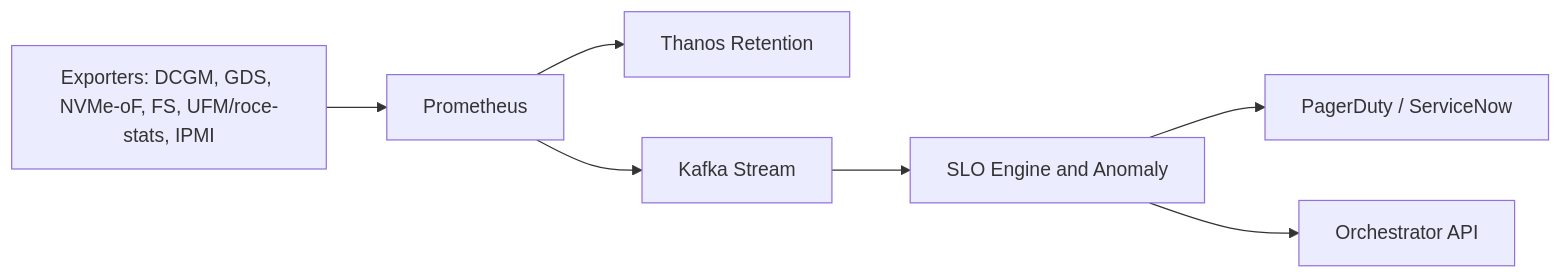
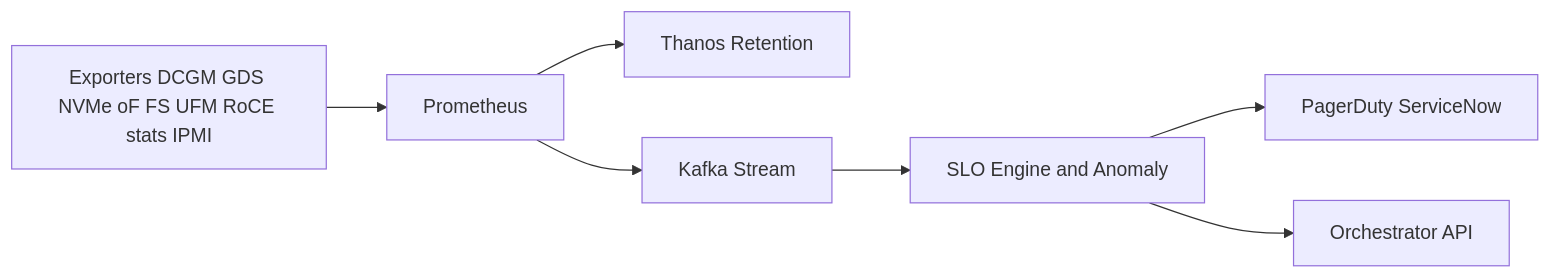
The fourth of 6 diagrams in README.md (noelashford/Storage-Solution), drawn with Mermaid before and after one commit. The commit also changed other lines of this file, not shown here.

Commit message:
Mermaid Correction

````diff
--- a/README.md
+++ b/README.md
@@ -197,9 +197,9 @@
 ```mermaid
 flowchart LR
-  EXP[Exporters: DCGM, GDS, NVMe-oF, FS, UFM/roce-stats, IPMI] --> PROM[Prometheus]
+  EXP[Exporters DCGM GDS NVMe oF FS UFM RoCE stats IPMI] --> PROM[Prometheus]
   PROM --> THANOS[Thanos Retention]
   PROM --> KAFKA[Kafka Stream]
   KAFKA --> SLO[SLO Engine and Anomaly]
-  SLO --> ALERTS[PagerDuty / ServiceNow]
+  SLO --> ALERTS[PagerDuty ServiceNow]
   SLO --> ACTIONS[Orchestrator API]
 ```
````
